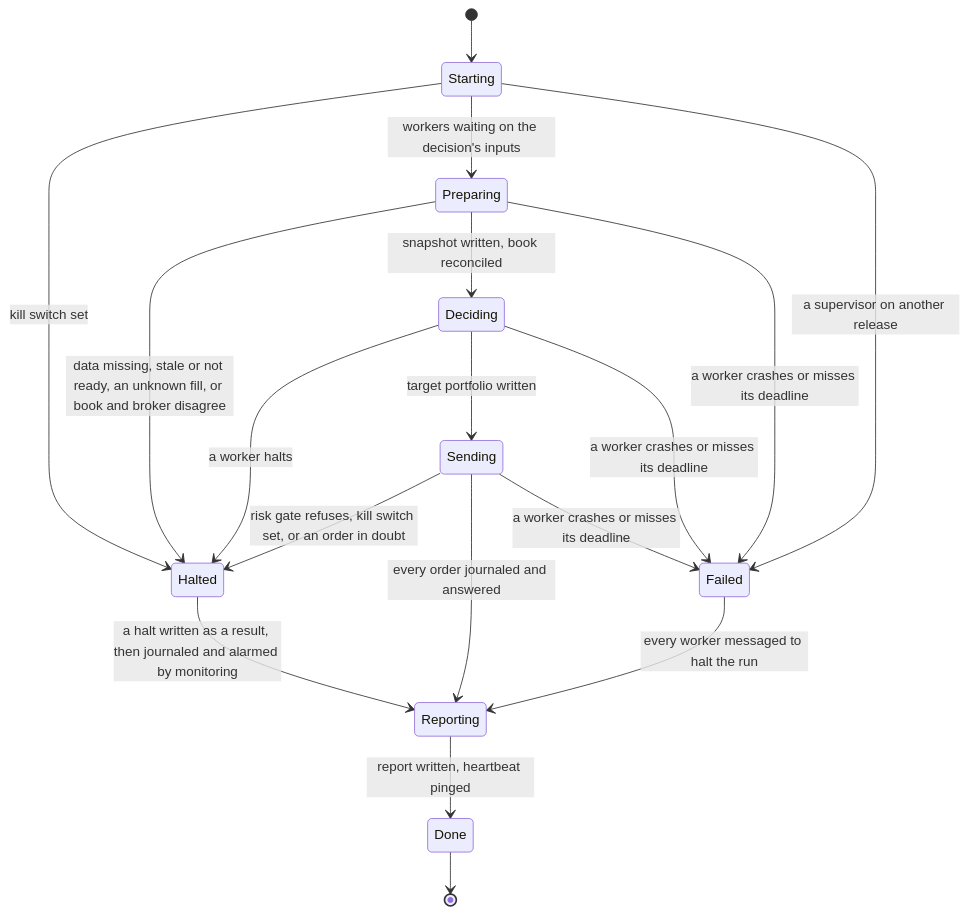
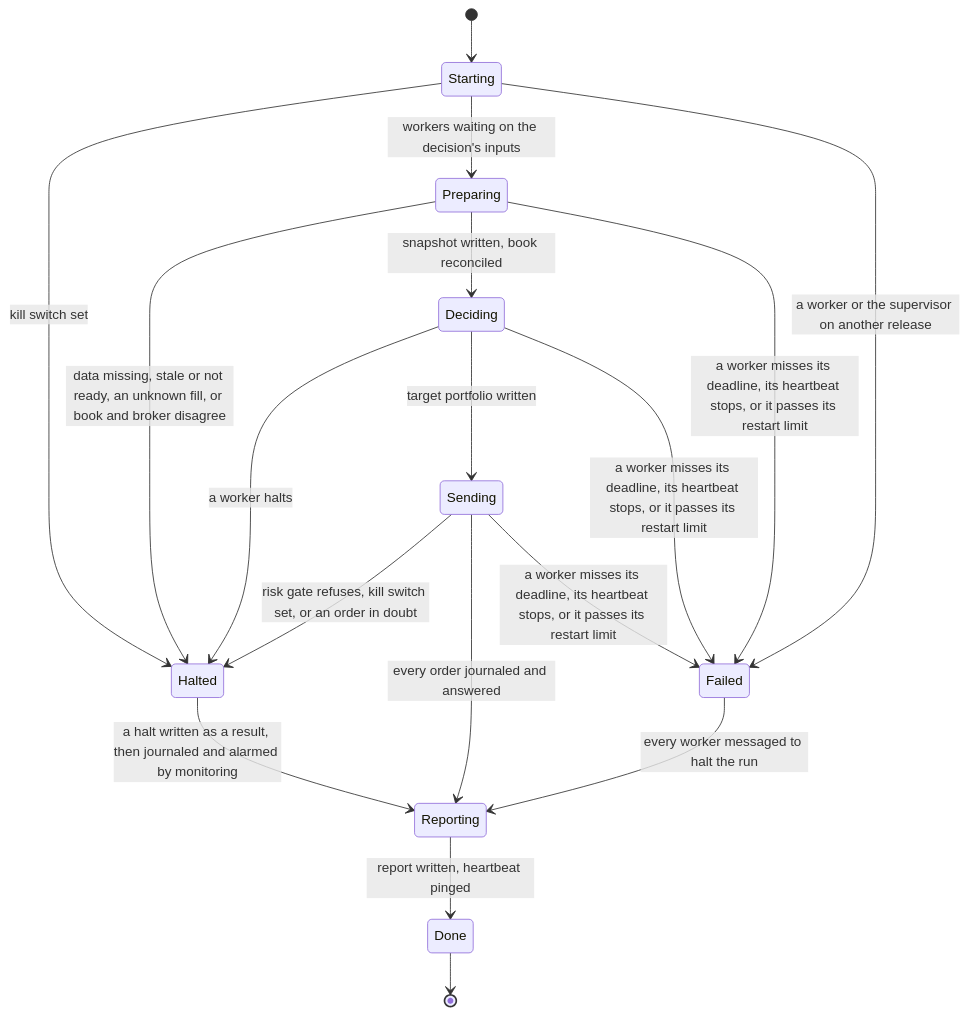
Before and after one commit to l3a0/ithildin-runtime: diagram 13 of 16 in docs/architecture.md, drawn with Mermaid. The commit also changed other lines of this file and 1 other file, not shown here.

First line of the commit message:
docs(design): fix the review of the message-driven supervisor and the operator tool

````diff
--- a/docs/architecture.md
+++ b/docs/architecture.md
@@ -1442,20 +1469,20 @@
 ```mermaid
 stateDiagram-v2
     [*] --> Starting
     Starting --> Halted: kill switch set
     Starting --> Preparing: workers waiting on the decision's inputs
     Preparing --> Halted: data missing, stale or not ready, an unknown fill, or book and broker disagree
     Preparing --> Deciding: snapshot written, book reconciled
     Deciding --> Halted: a worker halts
     Deciding --> Sending: target portfolio written
     Sending --> Halted: risk gate refuses, kill switch set, or an order in doubt
     Sending --> Reporting: every order journaled and answered
     Halted --> Reporting: a halt written as a result, then journaled and alarmed by monitoring
     Reporting --> Done: report written, heartbeat pinged
     Done --> [*]
-    Starting --> Failed: a supervisor on another release
-    Preparing --> Failed: a worker crashes or misses its deadline
-    Deciding --> Failed: a worker crashes or misses its deadline
-    Sending --> Failed: a worker crashes or misses its deadline
+    Starting --> Failed: a worker or the supervisor on another release
+    Preparing --> Failed: a worker misses its deadline, its heartbeat stops, or it passes its restart limit
+    Deciding --> Failed: a worker misses its deadline, its heartbeat stops, or it passes its restart limit
+    Sending --> Failed: a worker misses its deadline, its heartbeat stops, or it passes its restart limit
     Failed --> Reporting: every worker messaged to halt the run
 ```
````
